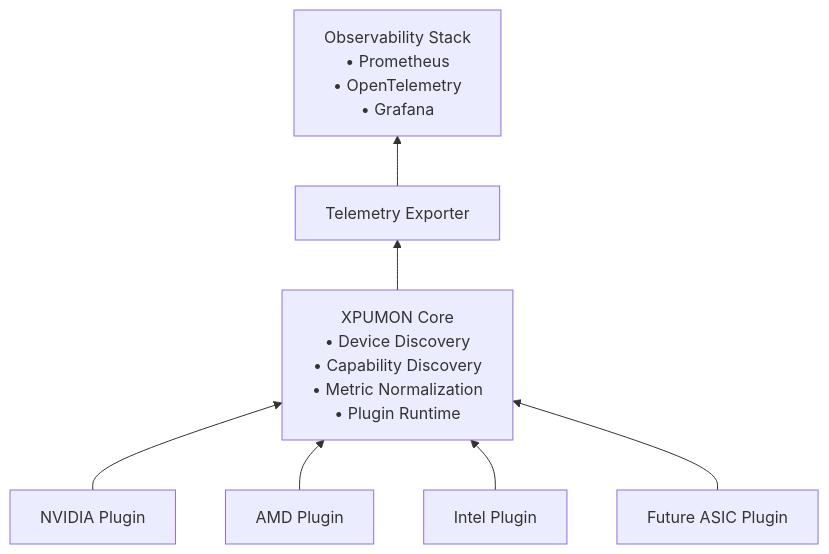
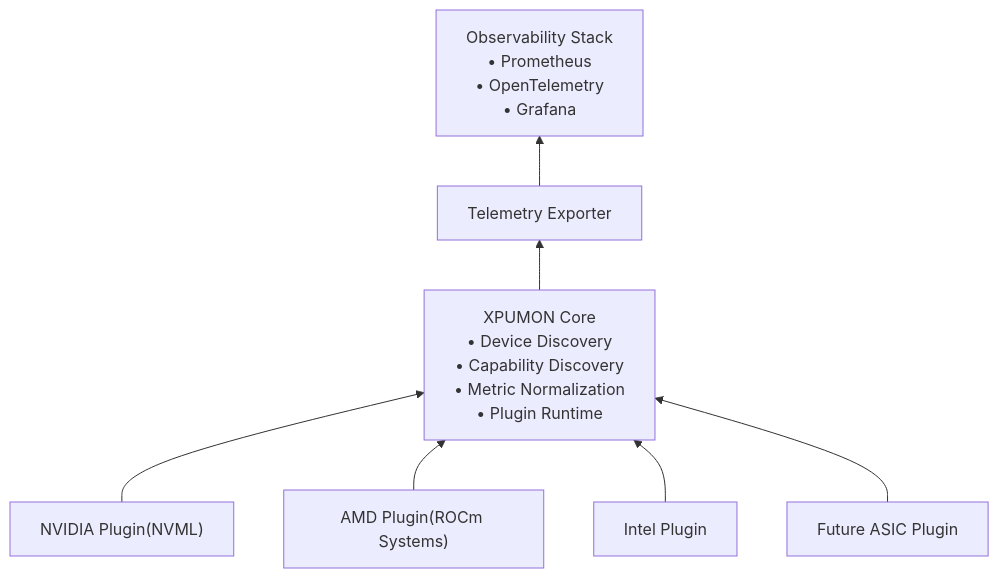
One commit to hdimmfh/xpu-monitor-agent changed the second of 2 diagrams in docs/00-overview.md. Above: the diagram before and after it, drawn with Mermaid.

Commit message:
Update 00-overview.md
docs: add device plugin examples

````diff
--- a/docs/00-overview.md
+++ b/docs/00-overview.md
@@ -140,21 +140,21 @@
 ```mermaid
 flowchart BT
     OBS["Observability Stack<br/>• Prometheus<br/>• OpenTelemetry<br/>• Grafana"]
 
     EXPORTER["Telemetry Exporter"]
 
     CORE["XPUMON Core<br/>• Device Discovery<br/>• Capability Discovery<br/>• Metric Normalization<br/>• Plugin Runtime"]
 
-    NVIDIA["NVIDIA Plugin"]
-    AMD["AMD Plugin"]
+    NVIDIA["NVIDIA Plugin(NVML)"]
+    AMD["AMD Plugin(ROCm Systems)"]
     INTEL["Intel Plugin"]
     ASIC["Future ASIC Plugin"]
 
     NVIDIA --> CORE
     AMD --> CORE
     INTEL --> CORE
     ASIC --> CORE
 
     CORE --> EXPORTER
     EXPORTER --> OBS
 ```
````
